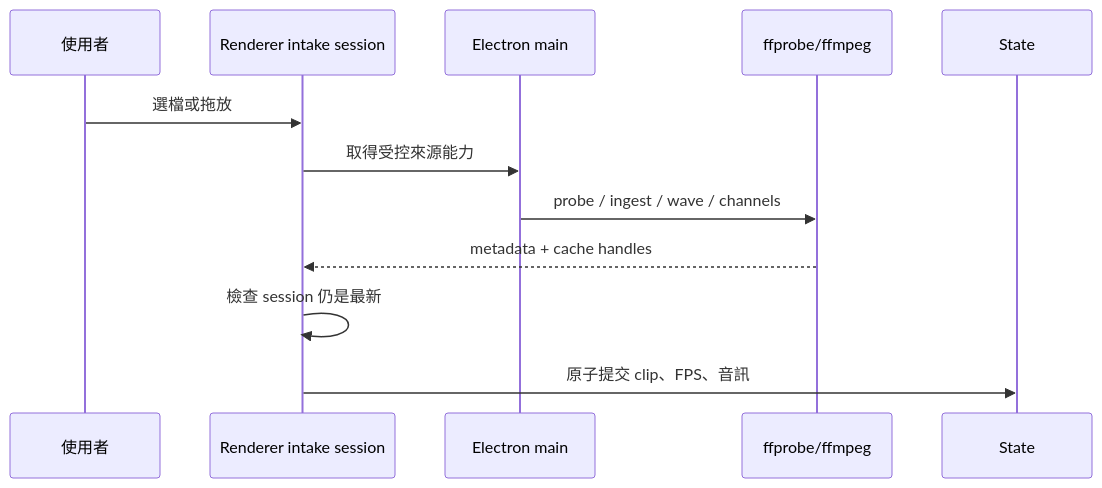
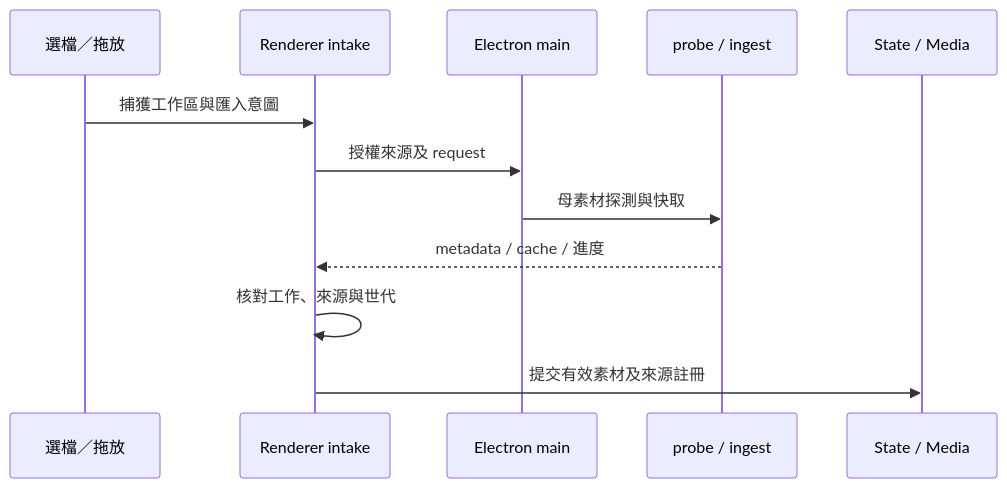
Before and after one commit to evanwayc-star/SUB_Tool: the fourth of 5 diagrams in docs/技術架構說明.md, drawn with Mermaid. The commit also changed other lines of this file and 64 other files, not shown here.

````diff
--- a/docs/技術架構說明.md
+++ b/docs/技術架構說明.md
@@ -350,14 +333,14 @@
 ```mermaid
 sequenceDiagram
-  participant U as 使用者
-  participant R as Renderer intake session
+  participant U as 選檔／拖放
+  participant R as Renderer intake
   participant M as Electron main
-  participant F as ffprobe/ffmpeg
-  participant S as State
-  U->>R: 選檔或拖放
-  R->>M: 取得受控來源能力
-  M->>F: probe / ingest / wave / channels
-  F-->>R: metadata + cache handles
-  R->>R: 檢查 session 仍是最新
-  R->>S: 原子提交 clip、FPS、音訊
+  participant N as probe / ingest
+  participant S as State / Media
+  U->>R: 捕獲工作區與匯入意圖
+  R->>M: 授權來源及 request
+  M->>N: 母素材探測與快取
+  N-->>R: metadata / cache / 進度
+  R->>R: 核對工作、來源與世代
+  R->>S: 提交有效素材及來源註冊
 ```
````
